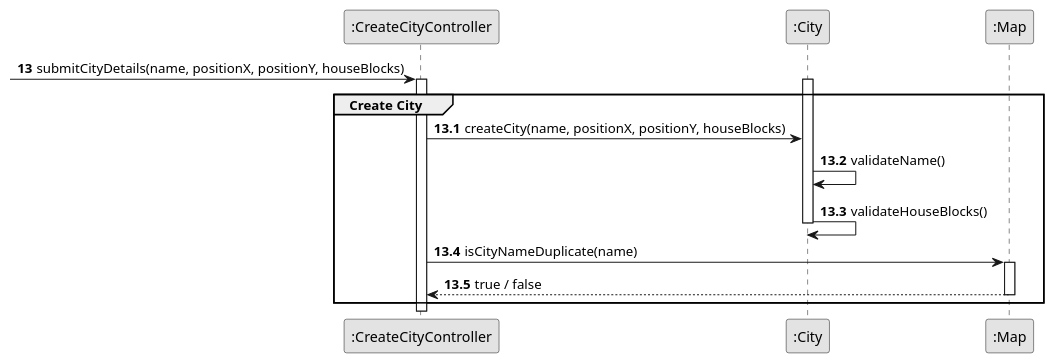
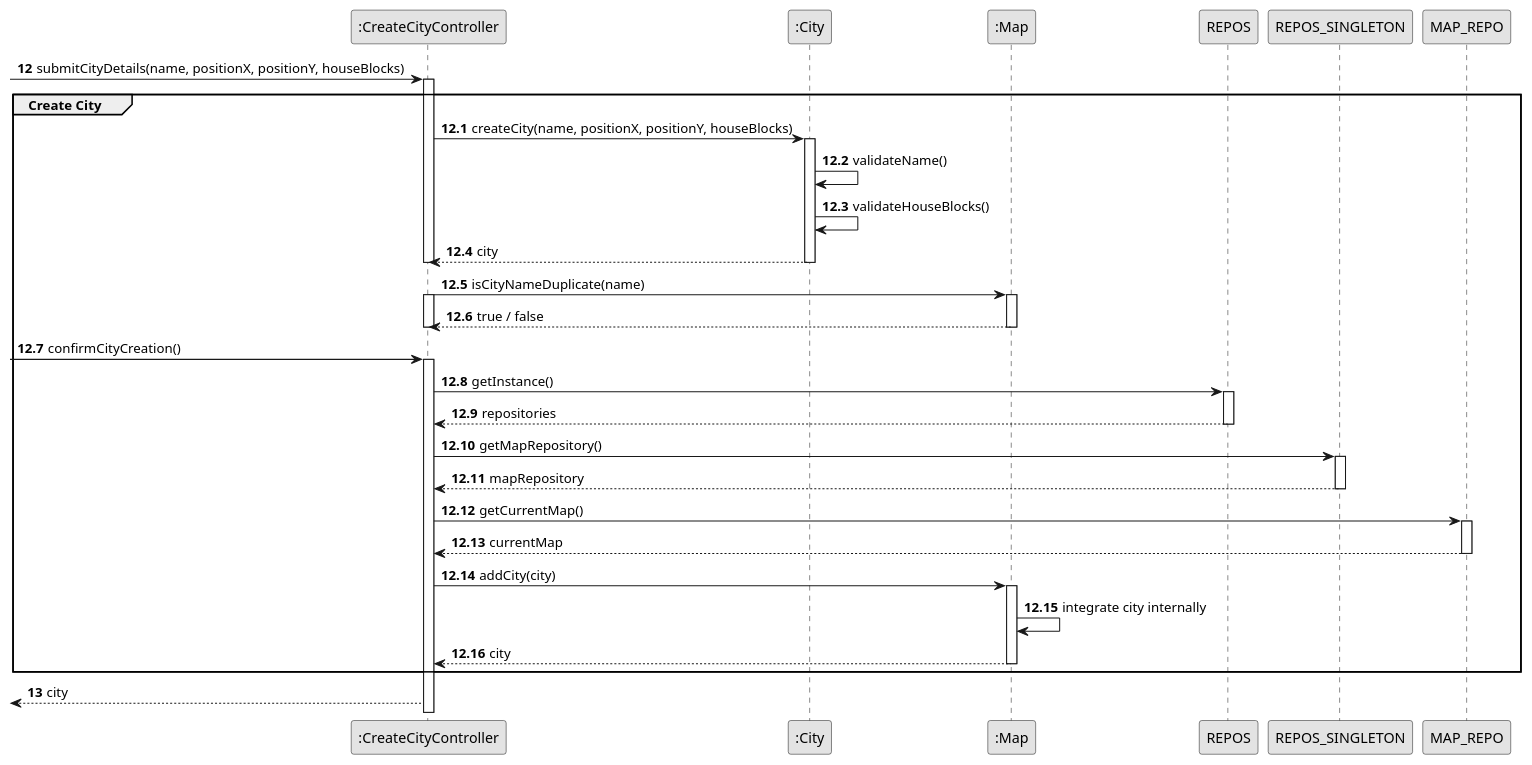
One commit to 1240826/empire-on-tracks changed the diagram in docs/system-documentation/US003/03.design/puml/US003-SD-partial-create-city.puml. Above: the diagram before and after it, drawn with PlantUML. The commit also changed 16 other files, not shown here.

```diff
--- a/docs/system-documentation/US003/03.design/puml/US003-SD-partial-create-city.puml
+++ b/docs/system-documentation/US003/03.design/puml/US003-SD-partial-create-city.puml
@@ -1,28 +1,60 @@
 @startuml
 skinparam monochrome true
 skinparam packageStyle rectangle
 skinparam shadowing false
 
 participant ":CreateCityController"    as Controller
 participant ":City"                 as City
 participant ":Map"                  as Map
 
-autonumber 13
+autonumber 12
 -> Controller: submitCityDetails(name, positionX, positionY, houseBlocks)
 
-autonumber 13.1
+autonumber 12.1
 activate Controller
     group Create City
 
-       activate City
+
        Controller -> City : createCity(name, positionX, positionY, houseBlocks)
-                   City -> City : validateName()
-                   City -> City : validateHouseBlocks()
-               deactivate City
-               Controller -> Map : isCityNameDuplicate(name)
-                       activate Map
-                           Map --> Controller : true / false
-                       deactivate Map
+             activate City
+             City -> City : validateName()
+             City -> City : validateHouseBlocks()
+             City --> Controller : city
+             deactivate City
+             deactivate Controller
+
+             Controller -> Map : isCityNameDuplicate(name)
+             activate Map
+             activate Controller
+             Map --> Controller : true / false
+             deactivate Map
+             deactivate Controller
+             -> Controller : confirmCityCreation()
+                 activate Controller
+
+                     Controller -> REPOS : getInstance()
+                     activate REPOS
+                         REPOS --> Controller : repositories
+                     deactivate REPOS
+
+                     Controller -> REPOS_SINGLETON : getMapRepository()
+                     activate REPOS_SINGLETON
+                         REPOS_SINGLETON --> Controller : mapRepository
+                     deactivate REPOS_SINGLETON
+
+                     Controller -> MAP_REPO : getCurrentMap()
+                     activate MAP_REPO
+                         MAP_REPO --> Controller : currentMap
+                     deactivate MAP_REPO
+
+                     Controller -> Map : addCity(city)
+                     activate Map
+                         Map -> Map : integrate city internally
+             Map --> Controller: city
+             deactivate Map
     end
+    autonumber 13
+    <-- Controller: city
+
 
 @enduml
```
